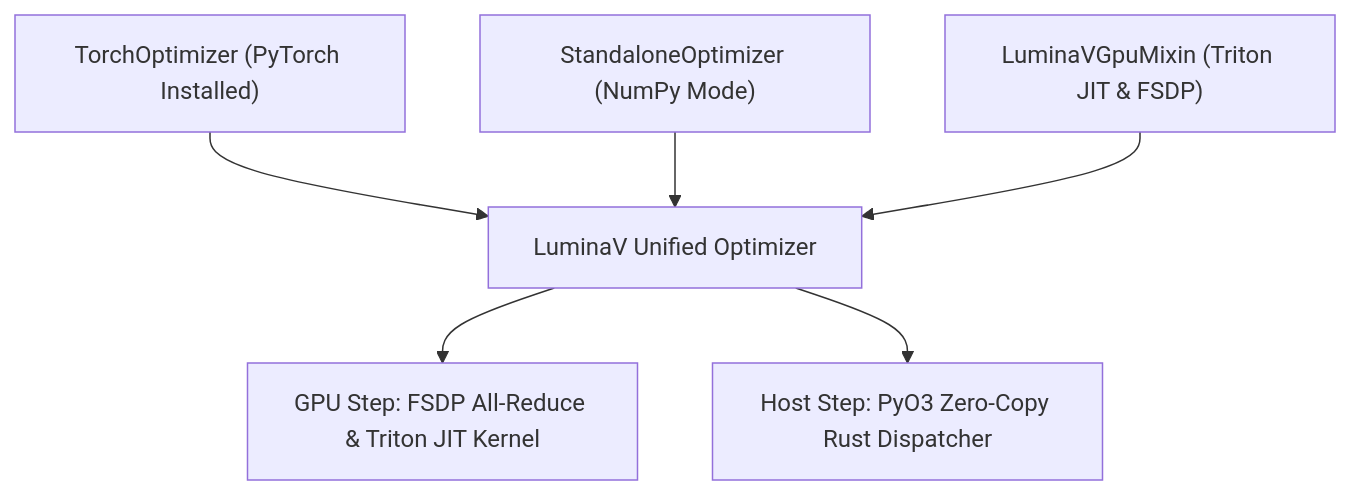
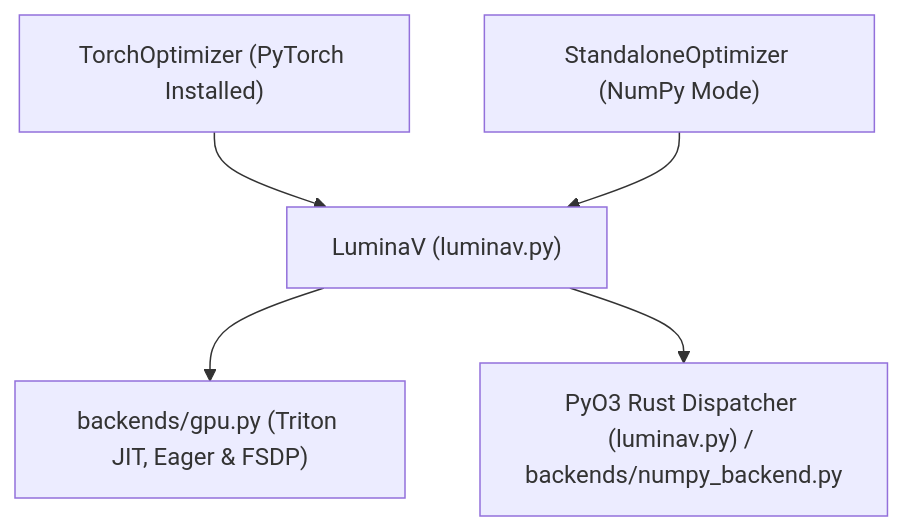
The diagram in docs/optimize/python_runtime/README.md (cloverx-id/luminamoon), drawn with Mermaid before and after one commit. The commit also changed other lines of this file and 524 other files, not shown here.

````diff
--- a/docs/optimize/python_runtime/README.md
+++ b/docs/optimize/python_runtime/README.md
@@ -9,8 +9,7 @@
 ```mermaid
 flowchart TD
-    Torch["TorchOptimizer (PyTorch Installed)"] --> LuminaV["LuminaV Unified Optimizer"]
+    Torch["TorchOptimizer (PyTorch Installed)"] --> LuminaV["LuminaV (luminav.py)"]
     Standalone["StandaloneOptimizer (NumPy Mode)"] --> LuminaV
-    GpuMixin["LuminaVGpuMixin (Triton JIT & FSDP)"] --> LuminaV
-    LuminaV --> Triton["GPU Step: FSDP All-Reduce & Triton JIT Kernel"]
-    LuminaV --> RustFFI["Host Step: PyO3 Zero-Copy Rust Dispatcher"]
+    LuminaV --> GPU["backends/gpu.py (Triton JIT, Eager & FSDP)"]
+    LuminaV --> CPU["PyO3 Rust Dispatcher (luminav.py) / backends/numpy_backend.py"]
 ```
````
